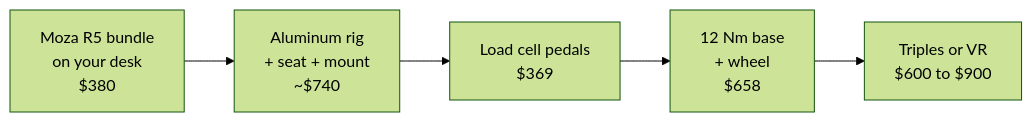
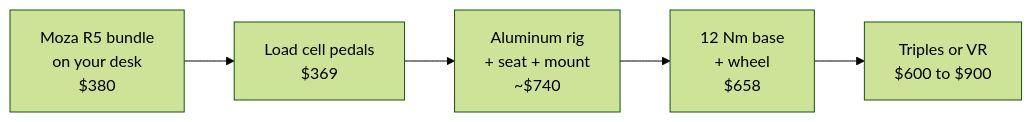
Before and after one commit to johnjp15/sim-racing-guide: the diagram in docs/builds/index.md, drawn with Mermaid (forest theme). The commit also changed 10 other files, not shown here.

````diff
--- a/docs/builds/index.md
+++ b/docs/builds/index.md
@@ -49,7 +49,7 @@
 ```mermaid
 flowchart LR
-    A[Moza R5 bundle<br>on your desk<br>$380] --> B[Aluminum rig<br>+ seat + mount<br>~$740]
-    B --> C[Load cell pedals<br>$369]
+    A[Moza R5 bundle<br>on your desk<br>$380] --> B[Load cell pedals<br>$369]
+    B --> C[Aluminum rig<br>+ seat + mount<br>~$740]
     C --> D[12 Nm base<br>+ wheel<br>$658]
     D --> E[Triples or VR<br>$600 to $900]
 ```
````
